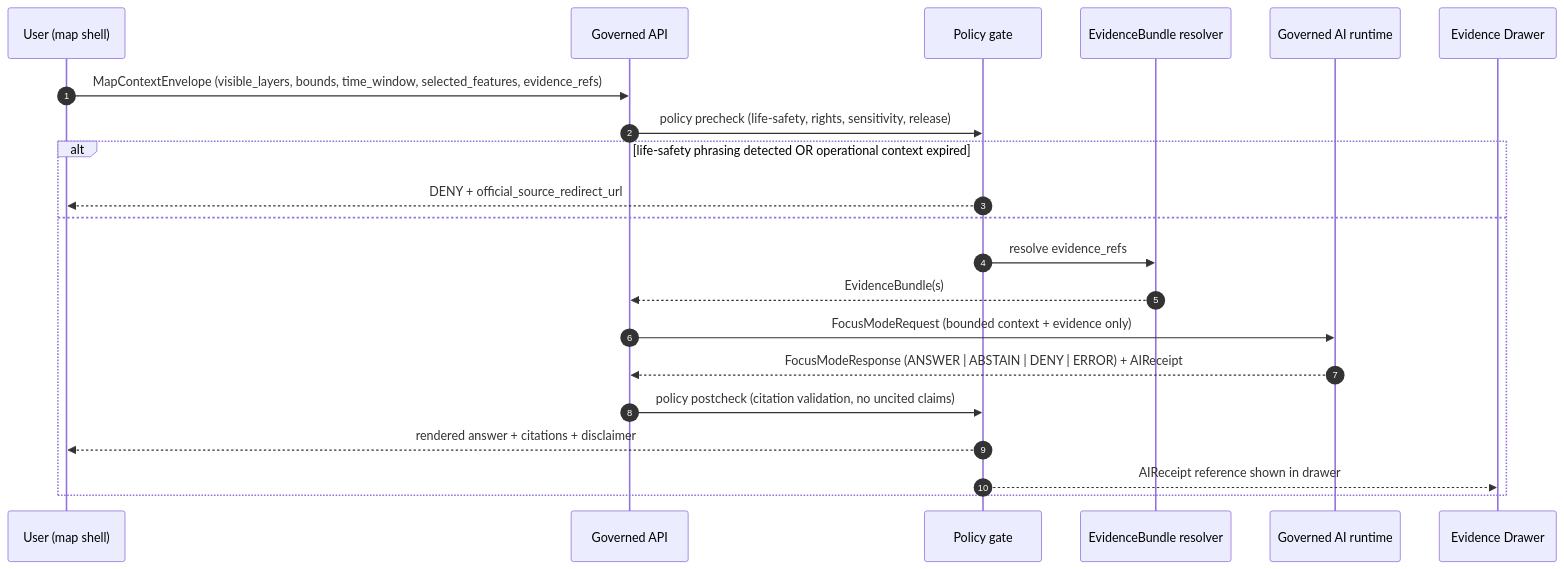
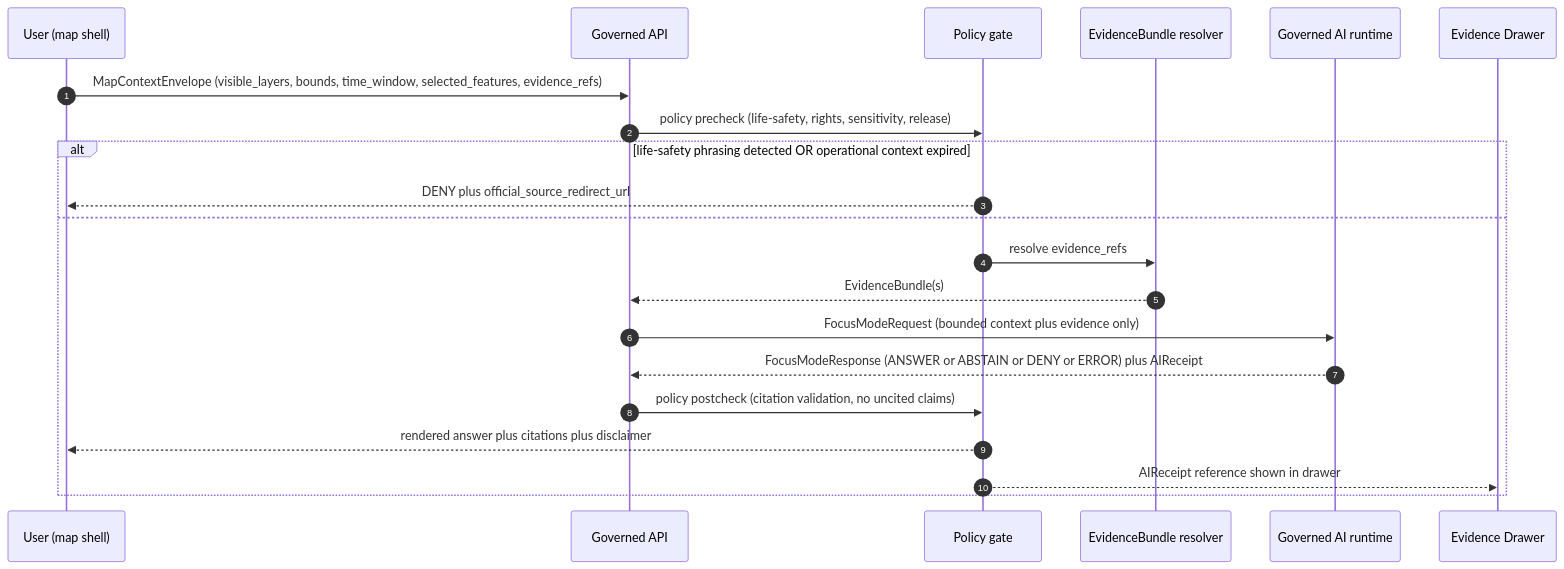
The second of 2 diagrams in docs/domains/hazards/MAP_UI_CONTRACTS.md (bartytime4life/Kansas-Frontier-Matrix), drawn with Mermaid before and after one commit. The commit also changed other lines of this file, not shown here.

````diff
--- a/docs/domains/hazards/MAP_UI_CONTRACTS.md
+++ b/docs/domains/hazards/MAP_UI_CONTRACTS.md
@@ -316,24 +332,24 @@
 ```mermaid
 sequenceDiagram
   autonumber
   participant U as User (map shell)
   participant API as Governed API
   participant POL as Policy gate
   participant EVD as EvidenceBundle resolver
   participant AI as Governed AI runtime
   participant DRA as Evidence Drawer
 
   U->>API: MapContextEnvelope (visible_layers, bounds, time_window, selected_features, evidence_refs)
   API->>POL: policy precheck (life-safety, rights, sensitivity, release)
   alt life-safety phrasing detected OR operational context expired
-    POL-->>U: DENY + official_source_redirect_url
+    POL-->>U: DENY plus official_source_redirect_url
   else
     POL->>EVD: resolve evidence_refs
     EVD-->>API: EvidenceBundle(s)
-    API->>AI: FocusModeRequest (bounded context + evidence only)
-    AI-->>API: FocusModeResponse (ANSWER | ABSTAIN | DENY | ERROR) + AIReceipt
+    API->>AI: FocusModeRequest (bounded context plus evidence only)
+    AI-->>API: FocusModeResponse (ANSWER or ABSTAIN or DENY or ERROR) plus AIReceipt
     API->>POL: policy postcheck (citation validation, no uncited claims)
-    POL-->>U: rendered answer + citations + disclaimer
+    POL-->>U: rendered answer plus citations plus disclaimer
     POL-->>DRA: AIReceipt reference shown in drawer
   end
 ```
````
